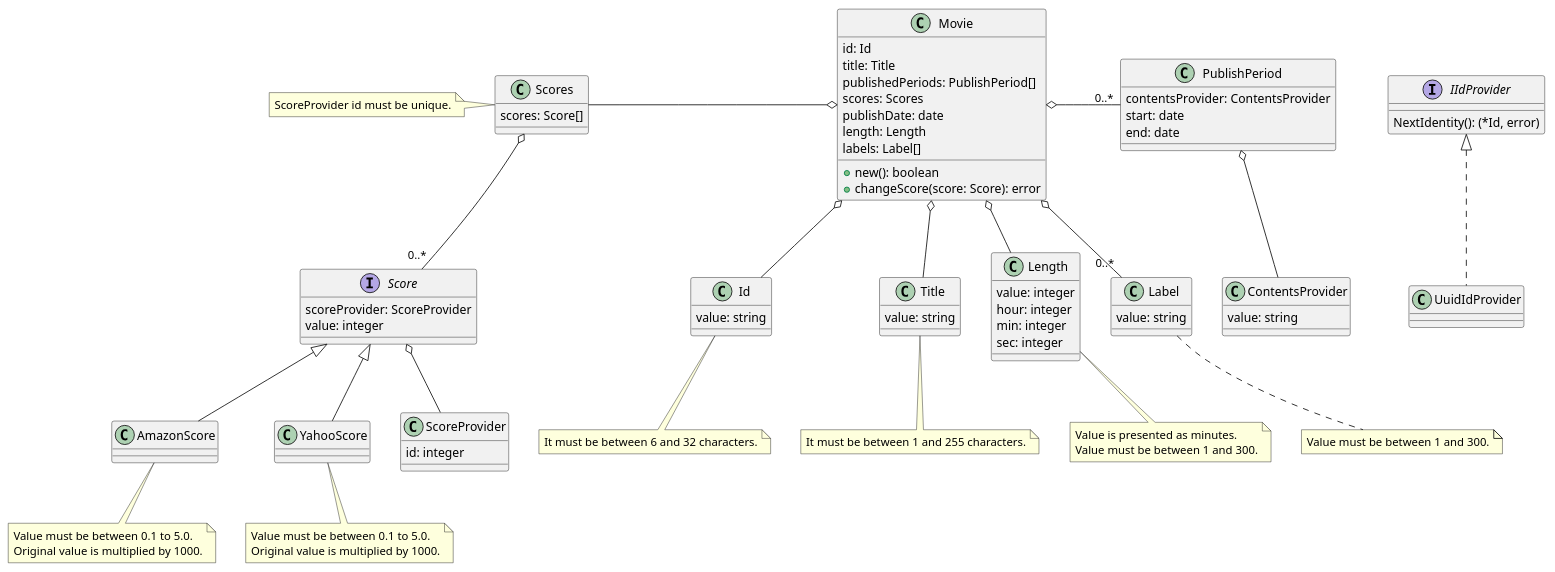
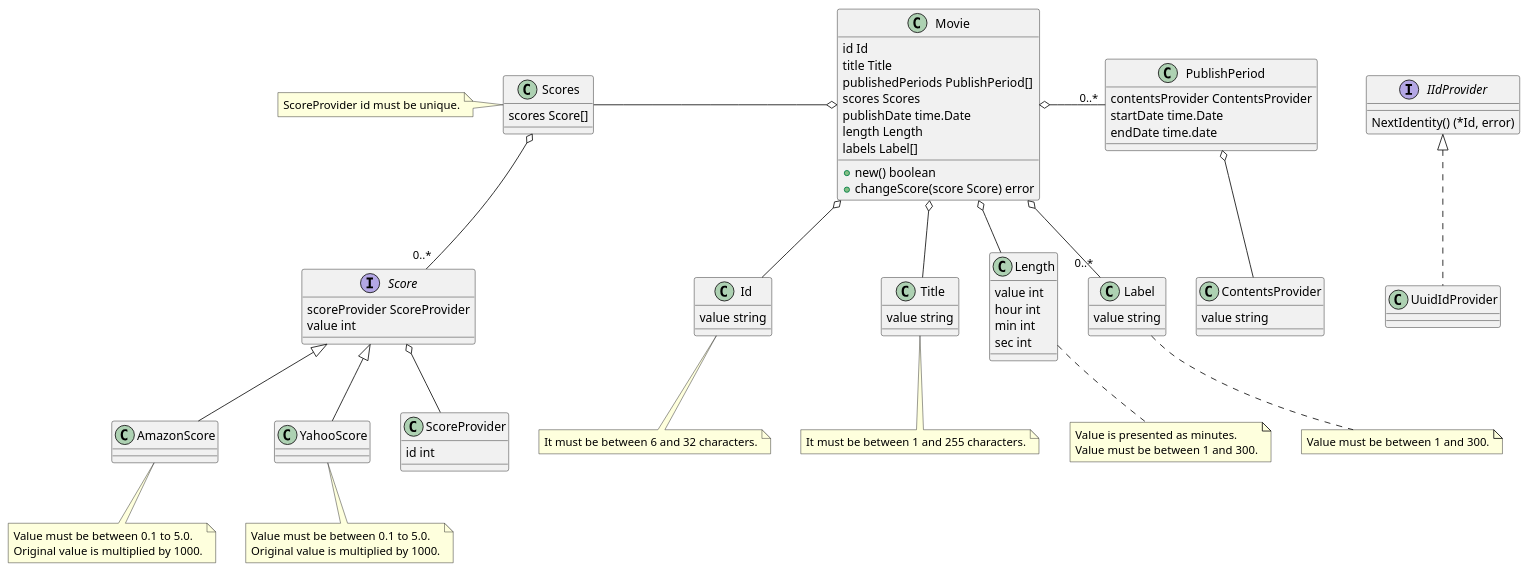
The diagram in hackathon/doc/movie.pu (makocchi-git/ddd-guys), drawn with PlantUML before and after one commit. The commit also changed 6 other files, not shown here.

```diff
--- a/hackathon/doc/movie.pu
+++ b/hackathon/doc/movie.pu
@@ -1,115 +1,115 @@
 @startuml
 
 class Movie {
-    id: Id
-    title: Title
-    publishedPeriods: PublishPeriod[]
-    scores: Scores
-    publishDate: date
-    length: Length
-    labels: Label[]
+    id Id
+    title Title
+    publishedPeriods PublishPeriod[]
+    scores Scores
+    publishDate time.Date
+    length Length
+    labels Label[]
 
-    +new(): boolean
-    +changeScore(score: Score): error
+    +new() boolean
+    +changeScore(score Score) error
 }
 
 class Scores {
-    scores: Score[]
+    scores Score[]
 }
 
 note left of Scores
     ScoreProvider id must be unique.
 end note
 
 class Id {
-    value: string
+    value string
 }
 
 note bottom of Id
     It must be between 6 and 32 characters.
 end note
 
 class Title {
-    value: string
+    value string
 }
 
 note bottom of Title
     It must be between 1 and 255 characters.
 end note
 
 class Length {
-    value: integer
-    hour: integer
-    min: integer
-    sec: integer
+    value int
+    hour int
+    min int
+    sec int
 }
 
 note bottom of Length
     Value is presented as minutes.
     Value must be between 1 and 300.
 end note
 
 class Label {
-    value: string
+    value string
 }
 
 note bottom of Label
     Value must be between 1 and 300.
 end note
 
 class PublishPeriod {
-    contentsProvider: ContentsProvider
-    start: date
-    end: date
+    contentsProvider ContentsProvider
+    startDate time.Date
+    endDate time.date
 }
 
 class ContentsProvider {
-    value: string
+    value string
 }
 
 interface Score {
-    scoreProvider: ScoreProvider
-    value: integer
+    scoreProvider ScoreProvider
+    value int
 }
 
 class AmazonScore {
 }
 
 note bottom of AmazonScore
     Value must be between 0.1 to 5.0.
     Original value is multiplied by 1000.
 end note
 
 class YahooScore {
 }
 
 note bottom of YahooScore
     Value must be between 0.1 to 5.0.
     Original value is multiplied by 1000.
 end note
 
 class ScoreProvider {
-    id: integer
+    id int
 }
 
 interface IIdProvider {
-    NextIdentity(): (*Id, error)
+    NextIdentity() (*Id, error)
 }
 
 class UuidIdProvider {
 }
 
 Movie o-- Id
 Movie o-- Title
 Movie o-- Length
 Movie o-right- "0..*" PublishPeriod
 Movie o-- "0..*" Label
 Movie o-left- Scores
 Scores o-- "0..*" Score
 Score o-- ScoreProvider
 Score <|-- AmazonScore
 Score <|-- YahooScore
 PublishPeriod o-- ContentsProvider
 IIdProvider <|.. UuidIdProvider
 
 @enduml
```
